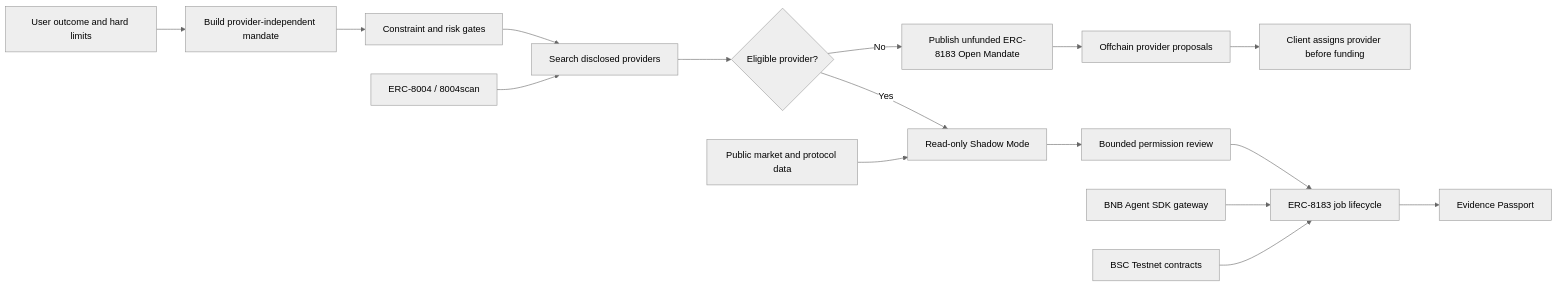
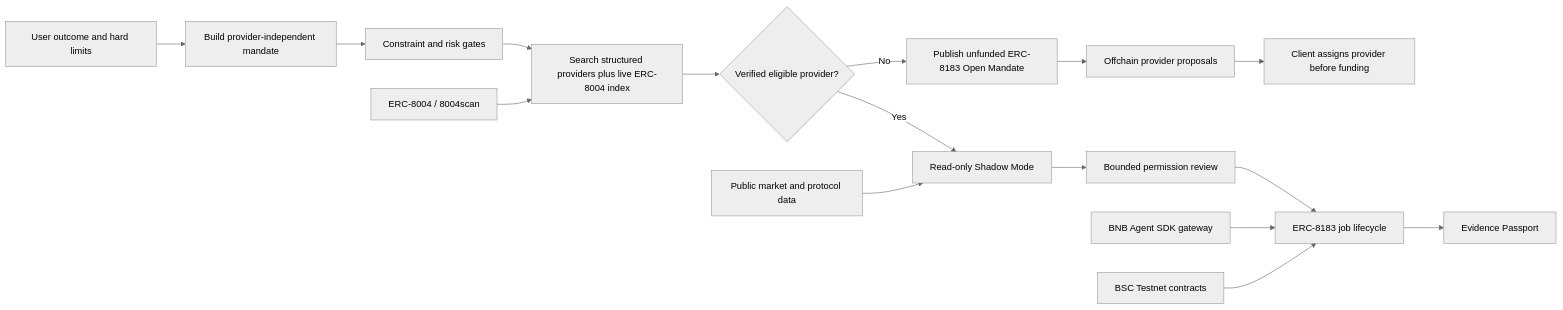
One commit to KaiVenn52/mandate-bnb-agent changed the diagram in docs/architecture.md. Above: the diagram before and after it, drawn with Mermaid (neutral theme). The commit also changed other lines of this file and 6 other files, not shown here.

Commit message:
Search live ERC-8004 agents and separate goal from capital

````diff
--- a/docs/architecture.md
+++ b/docs/architecture.md
@@ -5,19 +5,19 @@
 ```mermaid
 flowchart LR
   U[User outcome and hard limits] --> P[Build provider-independent mandate]
   P --> G[Constraint and risk gates]
-  G --> D[Search disclosed providers]
-  D --> R{Eligible provider?}
+  G --> D[Search structured providers plus live ERC-8004 index]
+  D --> R{Verified eligible provider?}
   R -->|Yes| S[Read-only Shadow Mode]
   R -->|No| O[Publish unfunded ERC-8183 Open Mandate]
   O --> Q[Offchain provider proposals]
   Q --> V[Client assigns provider before funding]
   S --> A[Bounded permission review]
   A --> J[ERC-8183 job lifecycle]
   J --> E[Evidence Passport]
 
   I[ERC-8004 / 8004scan] --> D
   M[Public market and protocol data] --> S
   B[BNB Agent SDK gateway] --> J
   C[BSC Testnet contracts] --> J
 ```
````
